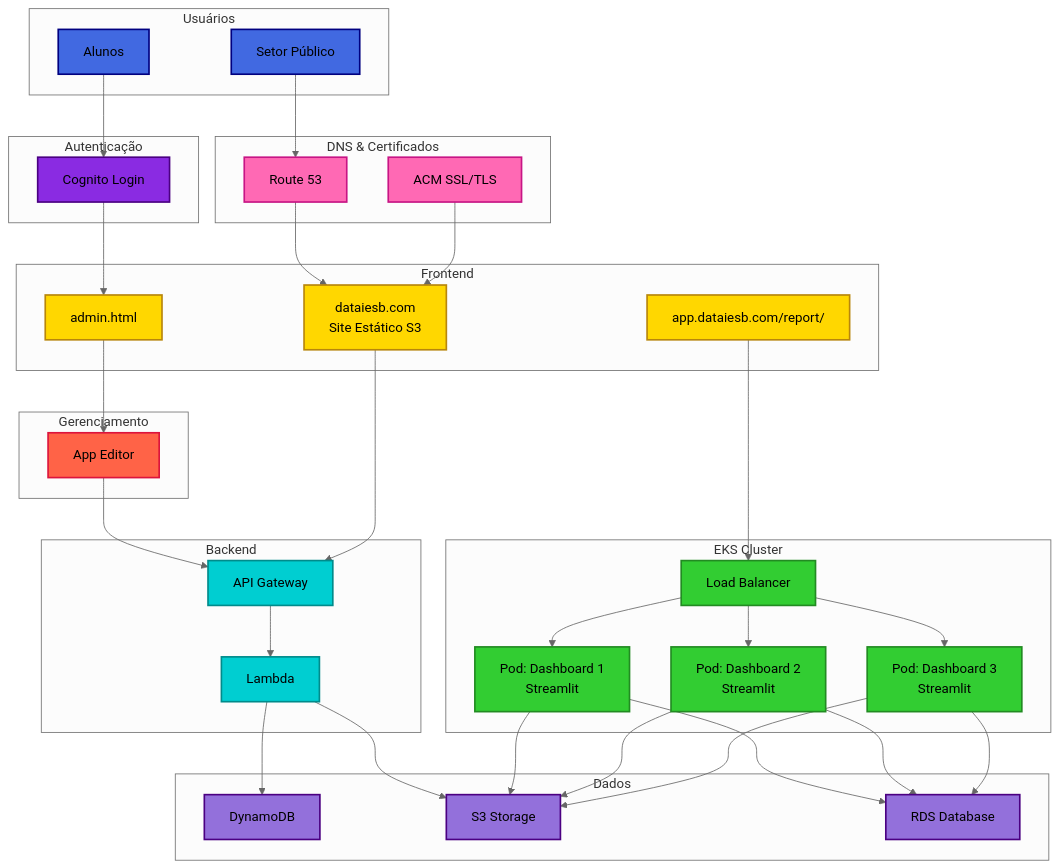
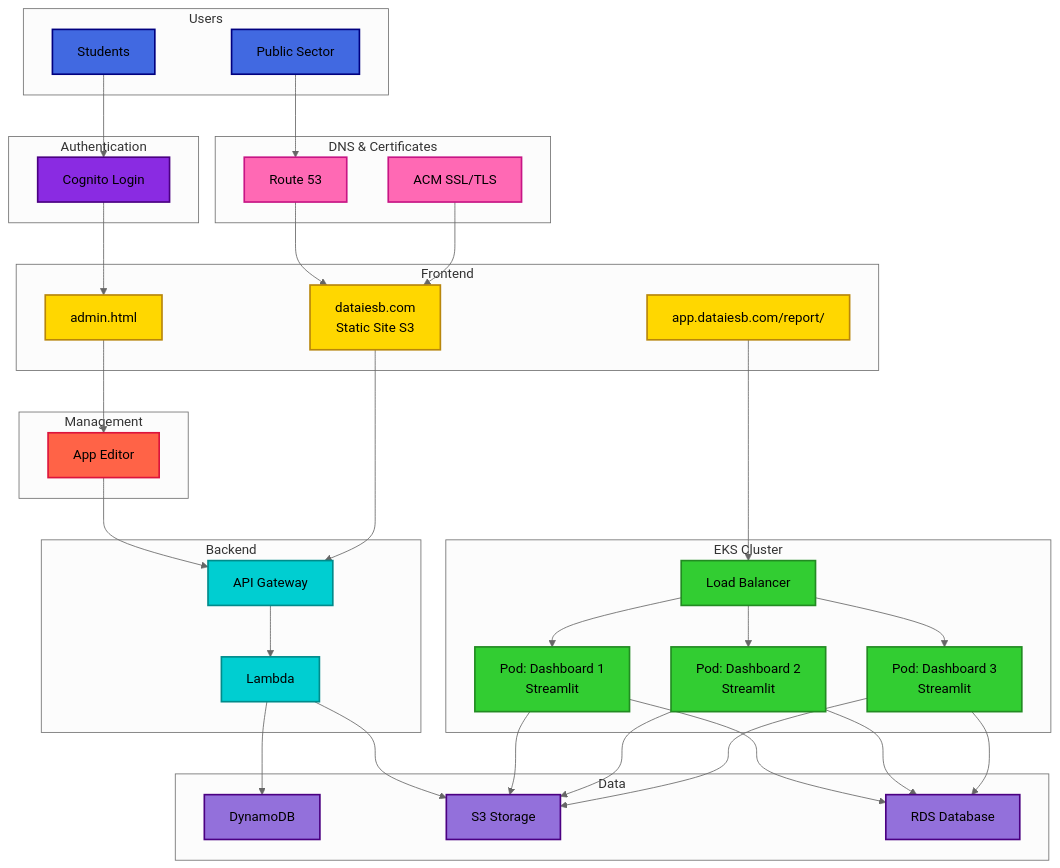
Before and after one commit to Data-iesb/Data-IESB: the second of 4 diagrams in README.md, drawn with Mermaid (neutral theme). The commit also changed other lines of this file, not shown here.

````diff
--- a/README.md
+++ b/README.md
@@ -47,21 +51,21 @@
 ```mermaid
 graph TD
-    subgraph "Usuários"
-        U[Setor Público]
-        A[Alunos]
+    subgraph "Users"
+        U[Public Sector]
+        A[Students]
     end
     
-    subgraph "DNS & Certificados"
+    subgraph "DNS & Certificates"
         R53[Route 53]
         ACM[ACM SSL/TLS]
     end
     
-    subgraph "Autenticação"
+    subgraph "Authentication"
         COG[Cognito Login]
     end
     
     subgraph "Frontend"
-        W[dataiesb.com<br/>Site Estático S3]
+        W[dataiesb.com<br/>Static Site S3]
         ADM[admin.html]
         REP[app.dataiesb.com/report/]
     end
@@ -73,7 +77,7 @@
         POD3[Pod: Dashboard 3<br/>Streamlit]
     end
     
-    subgraph "Gerenciamento"
+    subgraph "Management"
         APP[App Editor]
     end
     
@@ -82,7 +86,7 @@
         API[API Gateway]
     end
     
-    subgraph "Dados"
+    subgraph "Data"
         DB[DynamoDB]
         S3[S3 Storage]
         RDS[RDS Database]
````
